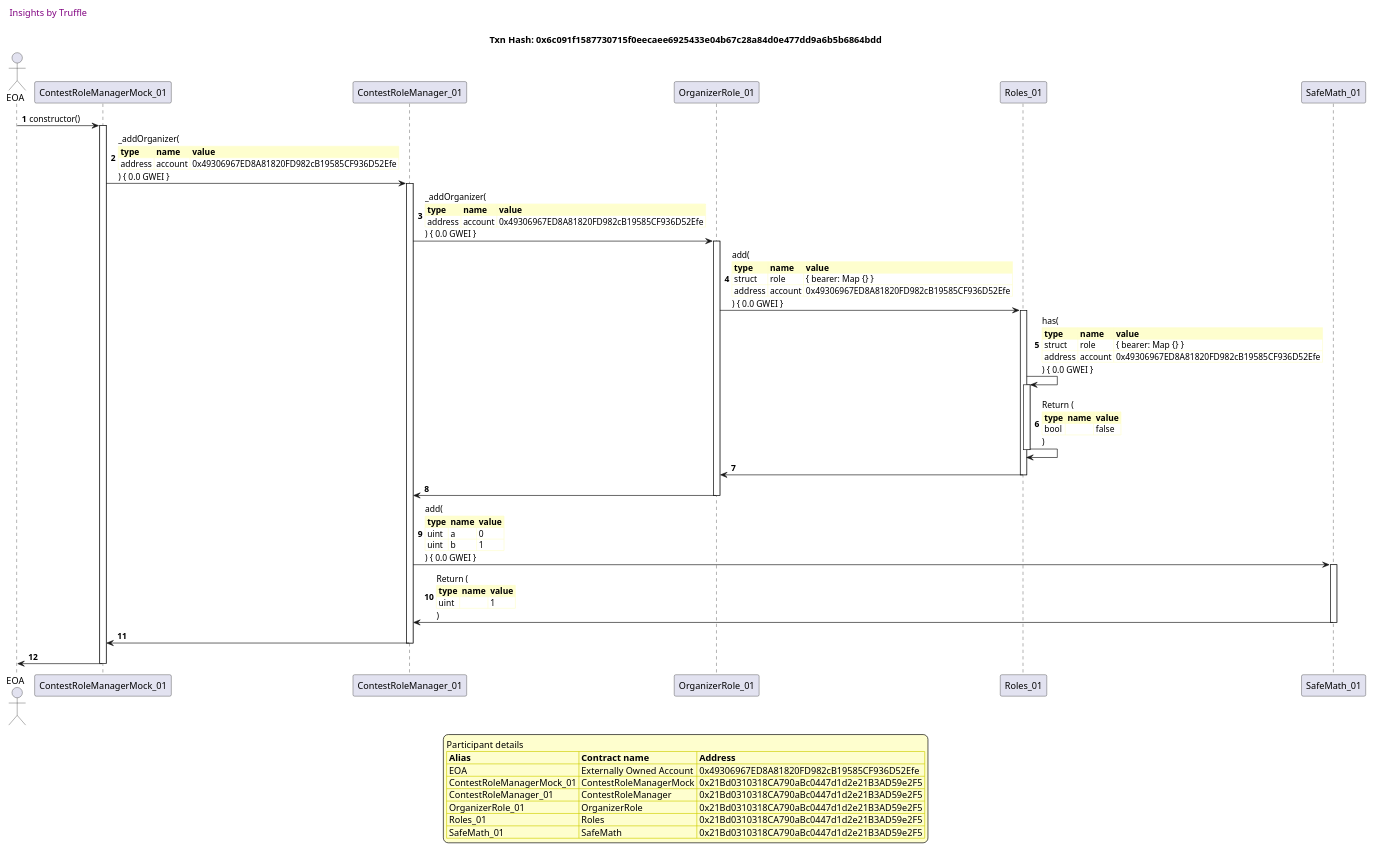
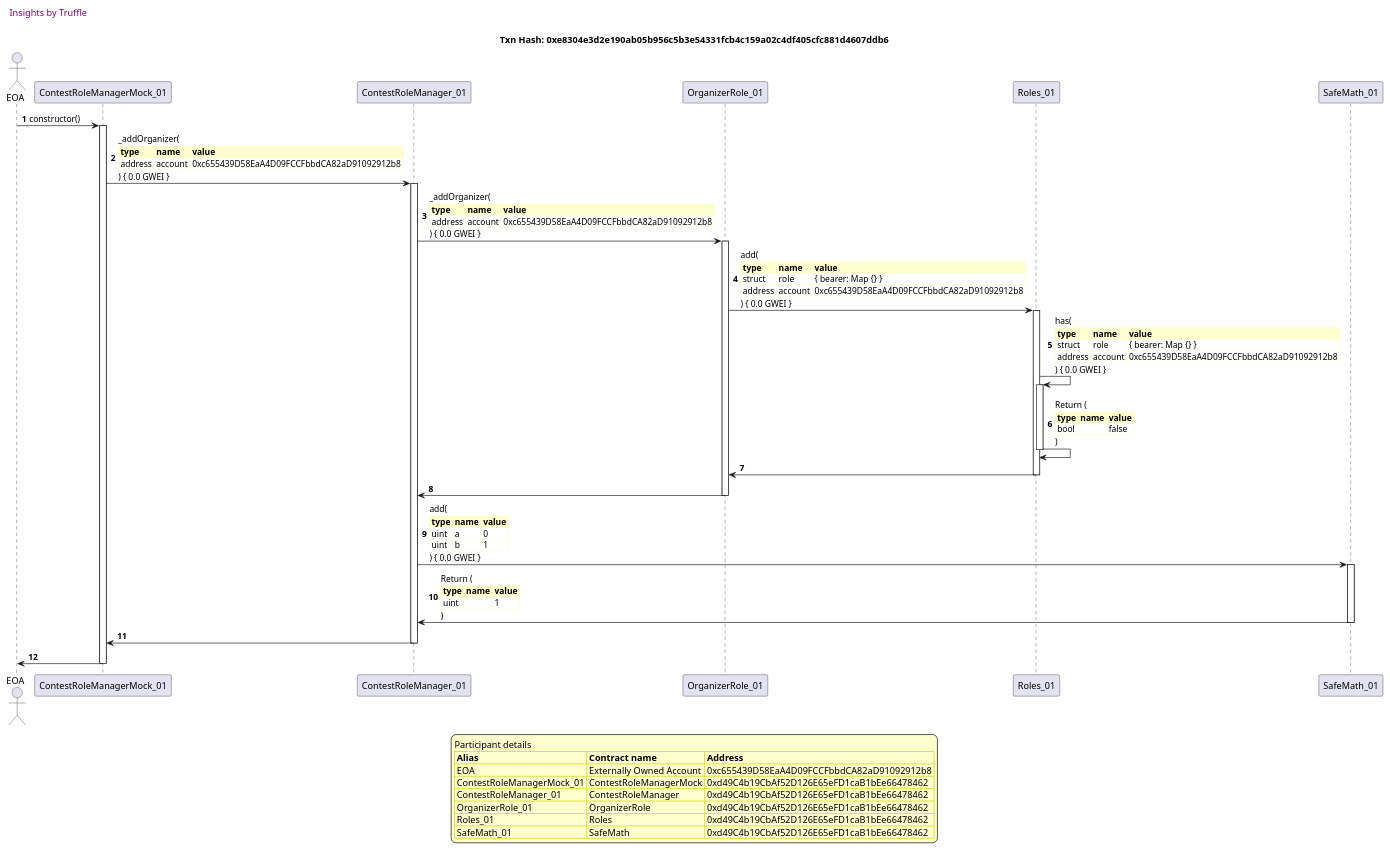
Diagram 11 of 20 in truffle-seq/roles_contestrolemanager.md (fodisi/hackapay), drawn with PlantUML before and after one commit. The commit also changed other lines of this file and 10 other files, not shown here.

````diff
--- a/truffle-seq/roles_contestrolemanager.md
+++ b/truffle-seq/roles_contestrolemanager.md
@@ -966,79 +957,79 @@
 ```plantuml
 
 
 @startuml
 
 autonumber
 skinparam legendBackgroundColor #FEFECE
 
 <style>
       header {
         HorizontalAlignment left
         FontColor purple
         FontSize 14
         Padding 10
       }
     </style>
 
 header Insights by Truffle
 
-title Txn Hash: 0x6c091f1587730715f0eecaee6925433e04b67c28a84d0e477dd9a6b5b6864bdd
+title Txn Hash: 0xe8304e3d2e190ab05b956c5b3e54331fcb4c159a02c4df405cfc881d4607ddb6
 
 
 actor EOA as "EOA"
 participant ContestRoleManagerMock_01 as "ContestRoleManagerMock_01"
 participant ContestRoleManager_01 as "ContestRoleManager_01"
 participant OrganizerRole_01 as "OrganizerRole_01"
 participant Roles_01 as "Roles_01"
 participant SafeMath_01 as "SafeMath_01"
 
 "EOA" -> "ContestRoleManagerMock_01" ++: constructor()
 "ContestRoleManagerMock_01" -> "ContestRoleManager_01" ++: _addOrganizer(\n\
 <#FEFECE,#FEFECE>|= type |= name |= value |\n\
-| address | account | 0x49306967ED8A81820FD982cB19585CF936D52Efe |\n\
+| address | account | 0xc655439D58EaA4D09FCCFbbdCA82aD91092912b8 |\n\
 ) { 0.0 GWEI }
 "ContestRoleManager_01" -> "OrganizerRole_01" ++: _addOrganizer(\n\
 <#FEFECE,#FEFECE>|= type |= name |= value |\n\
-| address | account | 0x49306967ED8A81820FD982cB19585CF936D52Efe |\n\
+| address | account | 0xc655439D58EaA4D09FCCFbbdCA82aD91092912b8 |\n\
 ) { 0.0 GWEI }
 "OrganizerRole_01" -> "Roles_01" ++: add(\n\
 <#FEFECE,#FEFECE>|= type |= name |= value |\n\
 | struct | role | { bearer: Map {} } |\n\
-| address | account | 0x49306967ED8A81820FD982cB19585CF936D52Efe |\n\
+| address | account | 0xc655439D58EaA4D09FCCFbbdCA82aD91092912b8 |\n\
 ) { 0.0 GWEI }
 "Roles_01" -> "Roles_01" ++: has(\n\
 <#FEFECE,#FEFECE>|= type |= name |= value |\n\
 | struct | role | { bearer: Map {} } |\n\
-| address | account | 0x49306967ED8A81820FD982cB19585CF936D52Efe |\n\
+| address | account | 0xc655439D58EaA4D09FCCFbbdCA82aD91092912b8 |\n\
 ) { 0.0 GWEI }
 "Roles_01" -> "Roles_01" --: Return (\n\
 <#FEFECE,#FEFECE>|= type |= name |= value |\n\
 | bool |  | false |\n\
 )
 "Roles_01" -> "OrganizerRole_01" --: 
 "OrganizerRole_01" -> "ContestRoleManager_01" --: 
 "ContestRoleManager_01" -> "SafeMath_01" ++: add(\n\
 <#FEFECE,#FEFECE>|= type |= name |= value |\n\
 | uint | a | 0 |\n\
 | uint | b | 1 |\n\
 ) { 0.0 GWEI }
 "SafeMath_01" -> "ContestRoleManager_01" --: Return (\n\
 <#FEFECE,#FEFECE>|= type |= name |= value |\n\
 | uint |  | 1 |\n\
 )
 "ContestRoleManager_01" -> "ContestRoleManagerMock_01" --: 
 "ContestRoleManagerMock_01" -> "EOA" --: 
 
 legend
 Participant details
 <#FEFECE,#D0D000>|= Alias |= Contract name |= Address |
-<#FEFECE>| EOA | Externally Owned Account | 0x49306967ED8A81820FD982cB19585CF936D52Efe |
-<#FEFECE>| ContestRoleManagerMock_01 | ContestRoleManagerMock | 0x21Bd0310318CA790aBc0447d1d2e21B3AD59e2F5 |
-<#FEFECE>| ContestRoleManager_01 | ContestRoleManager | 0x21Bd0310318CA790aBc0447d1d2e21B3AD59e2F5 |
-<#FEFECE>| OrganizerRole_01 | OrganizerRole | 0x21Bd0310318CA790aBc0447d1d2e21B3AD59e2F5 |
-<#FEFECE>| Roles_01 | Roles | 0x21Bd0310318CA790aBc0447d1d2e21B3AD59e2F5 |
-<#FEFECE>| SafeMath_01 | SafeMath | 0x21Bd0310318CA790aBc0447d1d2e21B3AD59e2F5 |
+<#FEFECE>| EOA | Externally Owned Account | 0xc655439D58EaA4D09FCCFbbdCA82aD91092912b8 |
+<#FEFECE>| ContestRoleManagerMock_01 | ContestRoleManagerMock | 0xd49C4b19CbAf52D126E65eFD1caB1bEe66478462 |
+<#FEFECE>| ContestRoleManager_01 | ContestRoleManager | 0xd49C4b19CbAf52D126E65eFD1caB1bEe66478462 |
+<#FEFECE>| OrganizerRole_01 | OrganizerRole | 0xd49C4b19CbAf52D126E65eFD1caB1bEe66478462 |
+<#FEFECE>| Roles_01 | Roles | 0xd49C4b19CbAf52D126E65eFD1caB1bEe66478462 |
+<#FEFECE>| SafeMath_01 | SafeMath | 0xd49C4b19CbAf52D126E65eFD1caB1bEe66478462 |
 endlegend
 
 @enduml
 ```
````
